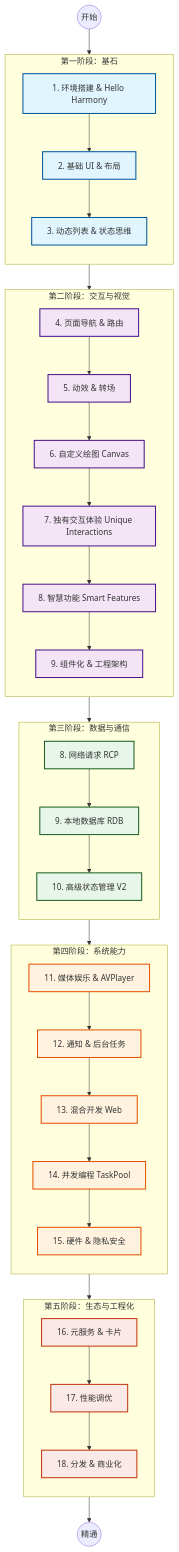
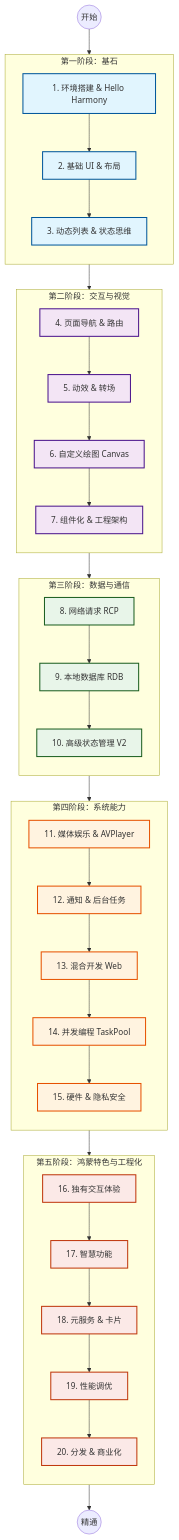
The diagram in docs/posts/harmonyos/index.md (briefness/LZYBlog), drawn with Mermaid before and after one commit. The commit also changed other lines of this file and 50 other files, not shown here.

````diff
--- a/docs/posts/harmonyos/index.md
+++ b/docs/posts/harmonyos/index.md
@@ -11,61 +11,61 @@
 ```mermaid
 graph TD
     %% Define Styles
     classDef foundation fill:#e1f5fe,stroke:#01579b,stroke-width:2px;
     classDef visual fill:#f3e5f5,stroke:#4a148c,stroke-width:2px;
     classDef data fill:#e8f5e9,stroke:#1b5e20,stroke-width:2px;
     classDef system fill:#fff3e0,stroke:#e65100,stroke-width:2px;
     classDef eco fill:#fbe9e7,stroke:#bf360c,stroke-width:2px;
 
     Start((开始)) --> Env[1. 环境搭建 & Hello Harmony]
 
     subgraph Phase1 [第一阶段：基石]
         direction TB
         Env --> BasicUI[2. 基础 UI & 布局]
         BasicUI --> Todo[3. 动态列表 & 状态思维]
     end
     class Env,BasicUI,Todo foundation;
 
     Phase1 --> Nav[4. 页面导航 & 路由]
 
     subgraph Phase2 [第二阶段：交互与视觉]
         direction TB
         Nav --> Anim[5. 动效 & 转场]
         Anim --> Draw[6. 自定义绘图 Canvas]
-        Draw --> Unique[7. 独有交互体验 Unique Interactions]
-        Unique --> Smart[8. 智慧功能 Smart Features]
-        Smart --> Comp[9. 组件化 & 工程架构]
+        Draw --> Comp[7. 组件化 & 工程架构]
     end
-    class Nav,Anim,Draw,Unique,Smart,Comp visual;
+    class Nav,Anim,Draw,Comp visual;
 
     Phase2 --> Net[8. 网络请求 RCP]
 
     subgraph Phase3 [第三阶段：数据与通信]
         direction TB
         Net --> DB[9. 本地数据库 RDB]
         DB --> StateV2[10. 高级状态管理 V2]
     end
     class Net,DB,StateV2 data;
 
     Phase3 --> Media[11. 媒体娱乐 & AVPlayer]
 
     subgraph Phase4 [第四阶段：系统能力]
         direction TB
         Media --> Noti[12. 通知 & 后台任务]
         Noti --> Web[13. 混合开发 Web]
         Web --> Conc[14. 并发编程 TaskPool]
         Conc --> Hard[15. 硬件 & 隐私安全]
     end
     class Media,Noti,Web,Conc,Hard system;
 
-    Phase4 --> Widget[16. 元服务 & 卡片]
+    Phase4 --> Unique[16. 独有交互体验]
 
-    subgraph Phase5 [第五阶段：生态与工程化]
+    subgraph Phase5 [第五阶段：鸿蒙特色与工程化]
         direction TB
-        Widget --> Perf[17. 性能调优]
-        Perf --> Pub[18. 分发 & 商业化]
+        Unique --> Smart[17. 智慧功能]
+        Smart --> Widget[18. 元服务 & 卡片]
+        Widget --> Perf[19. 性能调优]
+        Perf --> Pub[20. 分发 & 商业化]
     end
-    class Widget,Perf,Pub eco;
+    class Unique,Smart,Widget,Perf,Pub eco;
 
     Pub --> End((精通))
 ```
````
